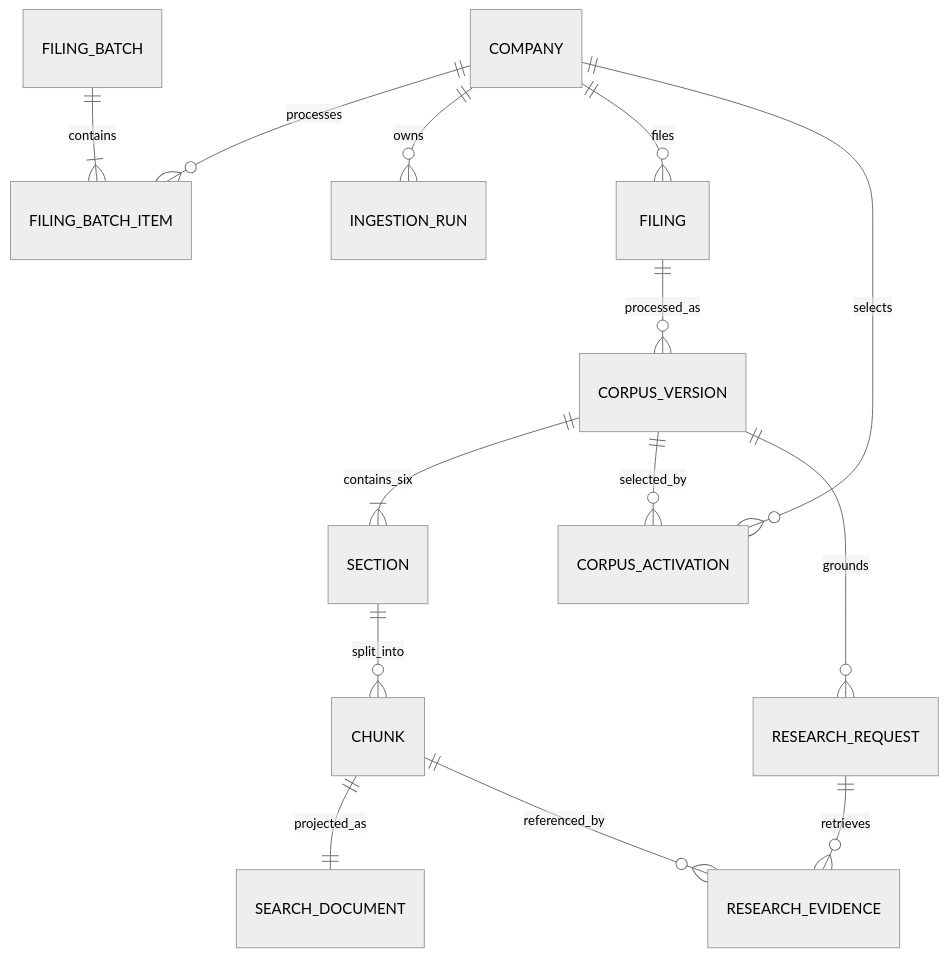
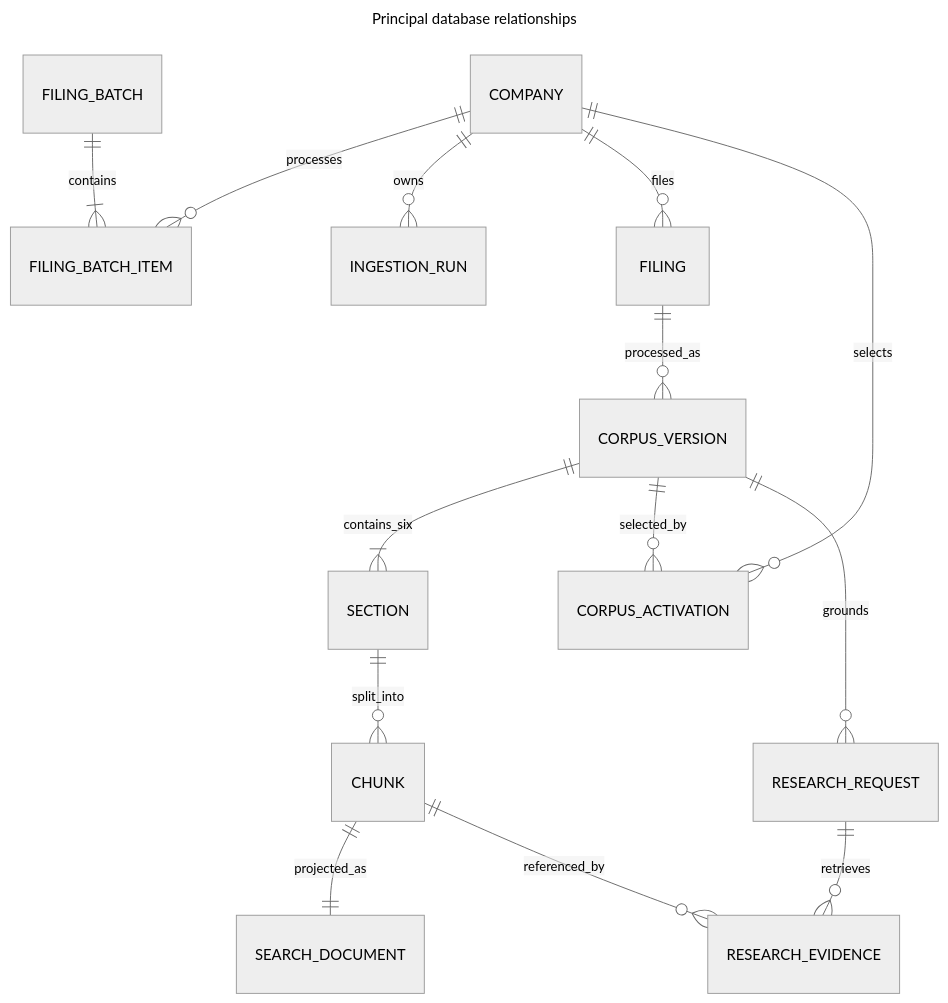
One commit to hongchit/sec-filing-rag-poc changed the first of 2 diagrams in docs/database-schema.md. Above: the diagram before and after it, drawn with Mermaid (neutral theme). The commit also changed other lines of this file and 43 other files, not shown here.

````diff
--- a/docs/database-schema.md
+++ b/docs/database-schema.md
@@ -9,16 +9,19 @@
 ```mermaid
+---
+title: Principal database relationships
+---
 erDiagram
   COMPANY ||--o{ FILING_BATCH_ITEM : processes
   FILING_BATCH ||--|{ FILING_BATCH_ITEM : contains
   COMPANY ||--o{ INGESTION_RUN : owns
   COMPANY ||--o{ FILING : files
   FILING ||--o{ CORPUS_VERSION : processed_as
   CORPUS_VERSION ||--|{ SECTION : contains_six
   SECTION ||--o{ CHUNK : split_into
   CHUNK ||--|| SEARCH_DOCUMENT : projected_as
   COMPANY ||--o{ CORPUS_ACTIVATION : selects
   CORPUS_VERSION ||--o{ CORPUS_ACTIVATION : selected_by
   CORPUS_VERSION ||--o{ RESEARCH_REQUEST : grounds
   RESEARCH_REQUEST ||--o{ RESEARCH_EVIDENCE : retrieves
   CHUNK ||--o{ RESEARCH_EVIDENCE : referenced_by
 ```
````
